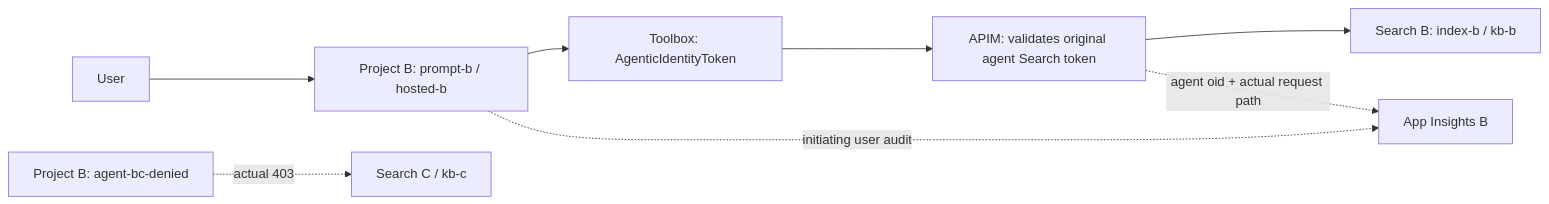
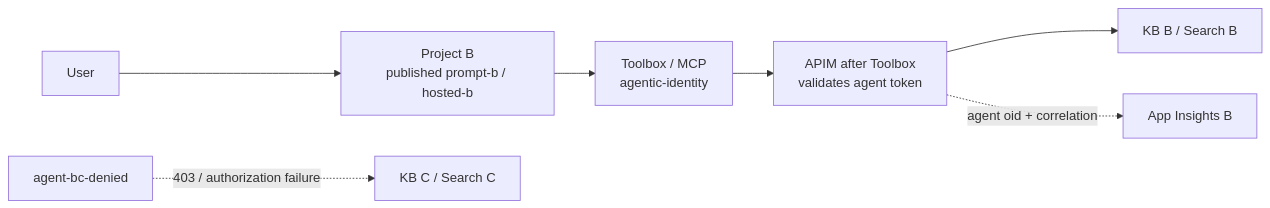
One commit to yelghali/foundry-agents-toolbox-ai-gateway changed the second of 3 diagrams in README.md. Above: the diagram before and after it, drawn with Mermaid. The commit also changed other lines of this file, not shown here.

Commit message:
docs: shorten identity lab readme

````diff
--- a/README.md
+++ b/README.md
@@ -130,10 +55,9 @@
 ```mermaid
 flowchart LR
-    U[User] --> AG["Project B: prompt-b / hosted-b"]
-    AG --> T["Toolbox: AgenticIdentityToken"]
-    T --> G["APIM: validates original agent Search token"]
-    G --> S["Search B: index-b / kb-b"]
-    BC["Project B: agent-bc-denied"] -. "actual 403" .-> C["Search C / kb-c"]
-    G -. "agent oid + actual request path" .-> L["App Insights B"]
-    AG -. "initiating user audit" .-> L
+    U[User] --> B["Project B<br/>published prompt-b / hosted-b"]
+    B --> T["Toolbox / MCP<br/>agentic-identity"]
+    T --> G["APIM after Toolbox<br/>validates agent token"]
+    G --> KB["KB B / Search B"]
+    BC["agent-bc-denied"] -. "403 / authorization failure" .-> KC["KB C / Search C"]
+    G -. "agent oid + correlation" .-> AI["App Insights B"]
 ```
````
